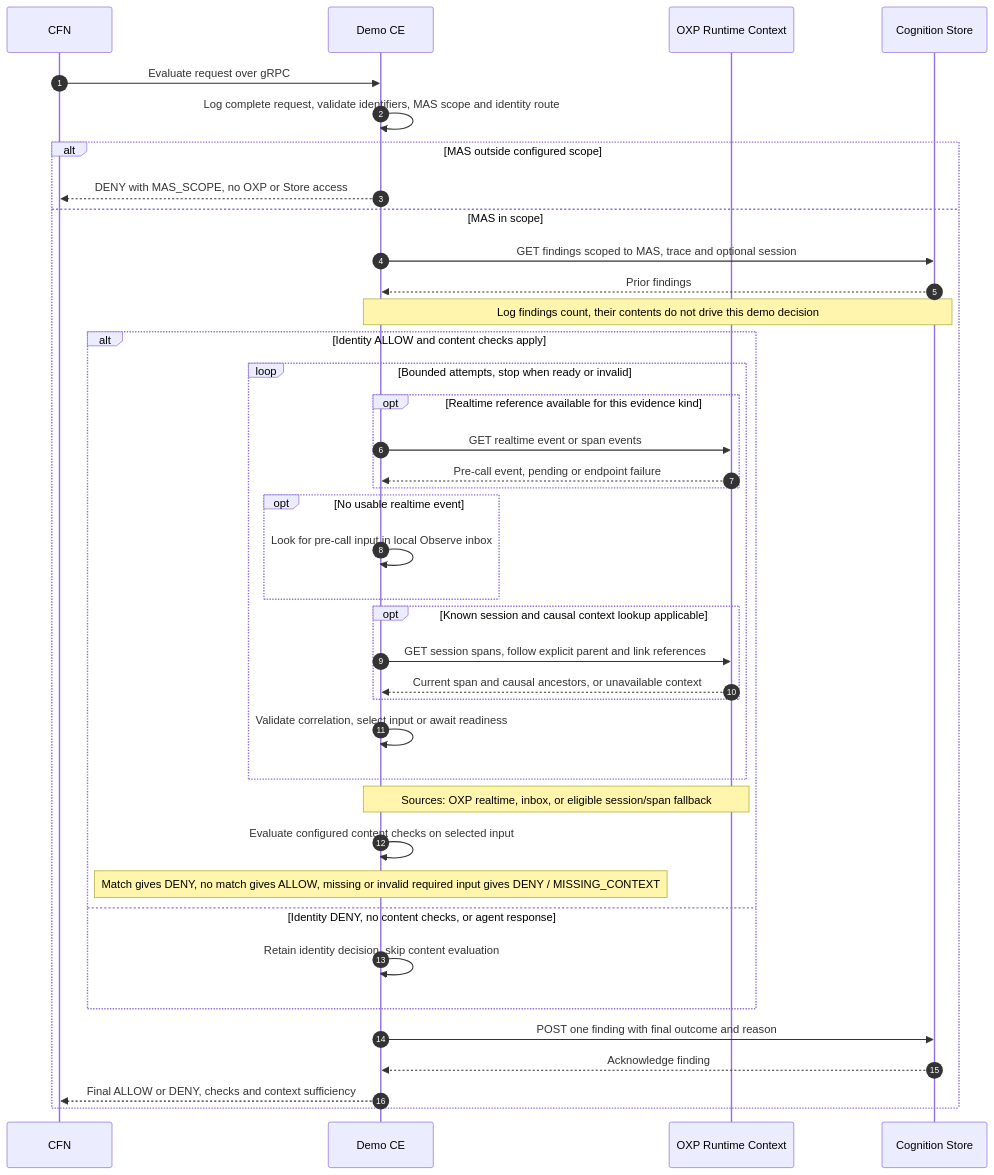
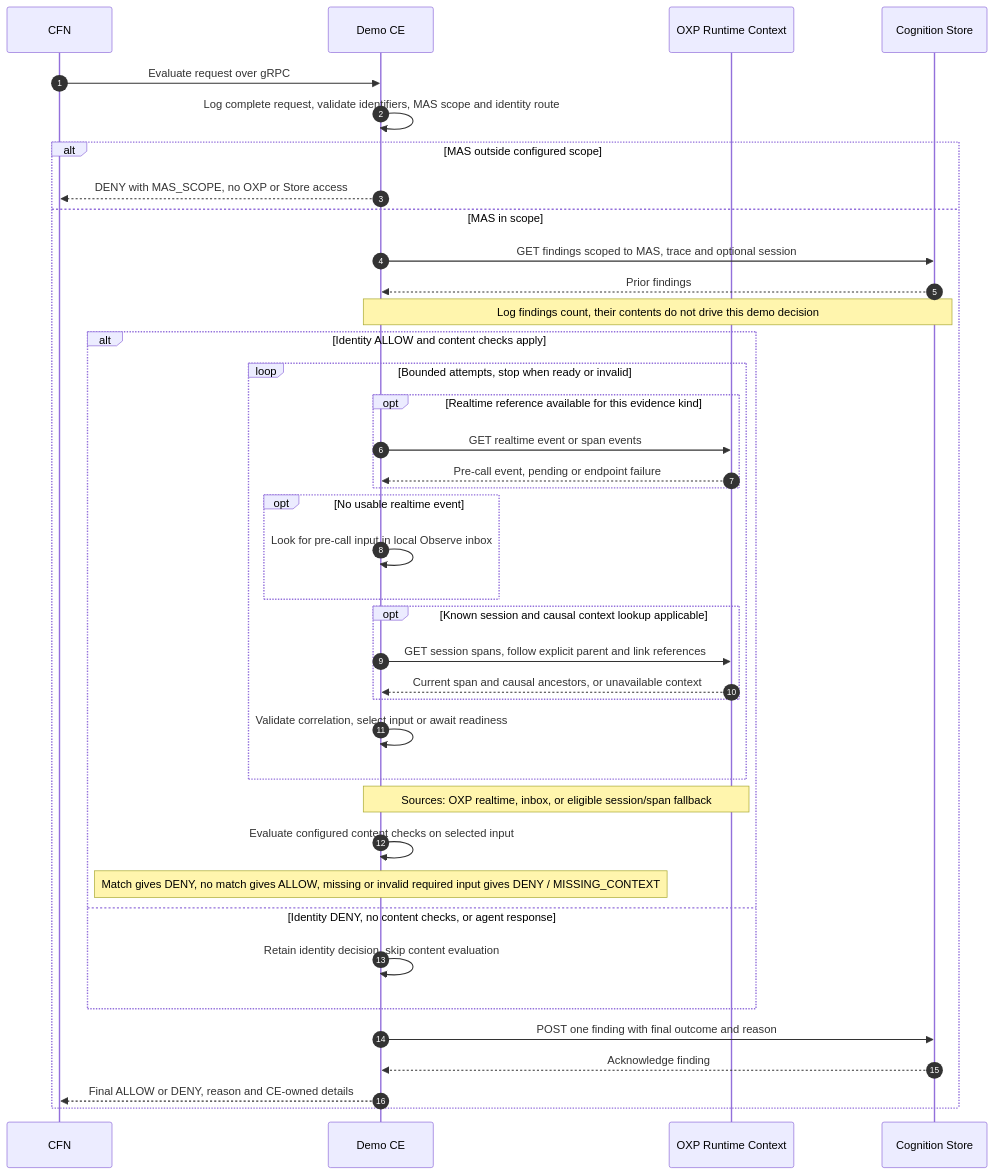
One commit to ioc-project/cognition-fabric changed the diagram in samples/docs-site/content/demo-ce/evaluation-flow.md. Above: the diagram before and after it, drawn with Mermaid. The commit also changed other lines of this file and 31 other files, not shown here.

````diff
--- a/samples/docs-site/content/demo-ce/evaluation-flow.md
+++ b/samples/docs-site/content/demo-ce/evaluation-flow.md
@@ -9,42 +9,42 @@
 ```mermaid
 sequenceDiagram
     autonumber
     participant cfn as CFN
     participant ce as Demo CE
     participant oxp as OXP Runtime Context
     participant store as Cognition Store
 
     cfn->>ce: Evaluate request over gRPC
     ce->>ce: Log complete request, validate identifiers, MAS scope and identity route
     alt MAS outside configured scope
         ce-->>cfn: DENY with MAS_SCOPE, no OXP or Store access
     else MAS in scope
         ce->>store: GET findings scoped to MAS, trace and optional session
         store-->>ce: Prior findings
         Note over ce,store: Log findings count, their contents do not drive this demo decision
         alt Identity ALLOW and content checks apply
             loop Bounded attempts, stop when ready or invalid
                 opt Realtime reference available for this evidence kind
                     ce->>oxp: GET realtime event or span events
                     oxp-->>ce: Pre-call event, pending or endpoint failure
                 end
                 opt No usable realtime event
                     ce->>ce: Look for pre-call input in local Observe inbox
                 end
                 opt Known session and causal context lookup applicable
                     ce->>oxp: GET session spans, follow explicit parent and link references
                     oxp-->>ce: Current span and causal ancestors, or unavailable context
                 end
                 ce->>ce: Validate correlation, select input or await readiness
             end
             Note over ce,oxp: Sources: OXP realtime, inbox, or eligible session/span fallback
             ce->>ce: Evaluate configured content checks on selected input
             Note over ce: Match gives DENY, no match gives ALLOW, missing or invalid required input gives DENY / MISSING_CONTEXT
         else Identity DENY, no content checks, or agent response
             ce->>ce: Retain identity decision, skip content evaluation
         end
         ce->>store: POST one finding with final outcome and reason
         store-->>ce: Acknowledge finding
-        ce-->>cfn: Final ALLOW or DENY, checks and context sufficiency
+        ce-->>cfn: Final ALLOW or DENY, reason and CE-owned details
     end
 ```
````
